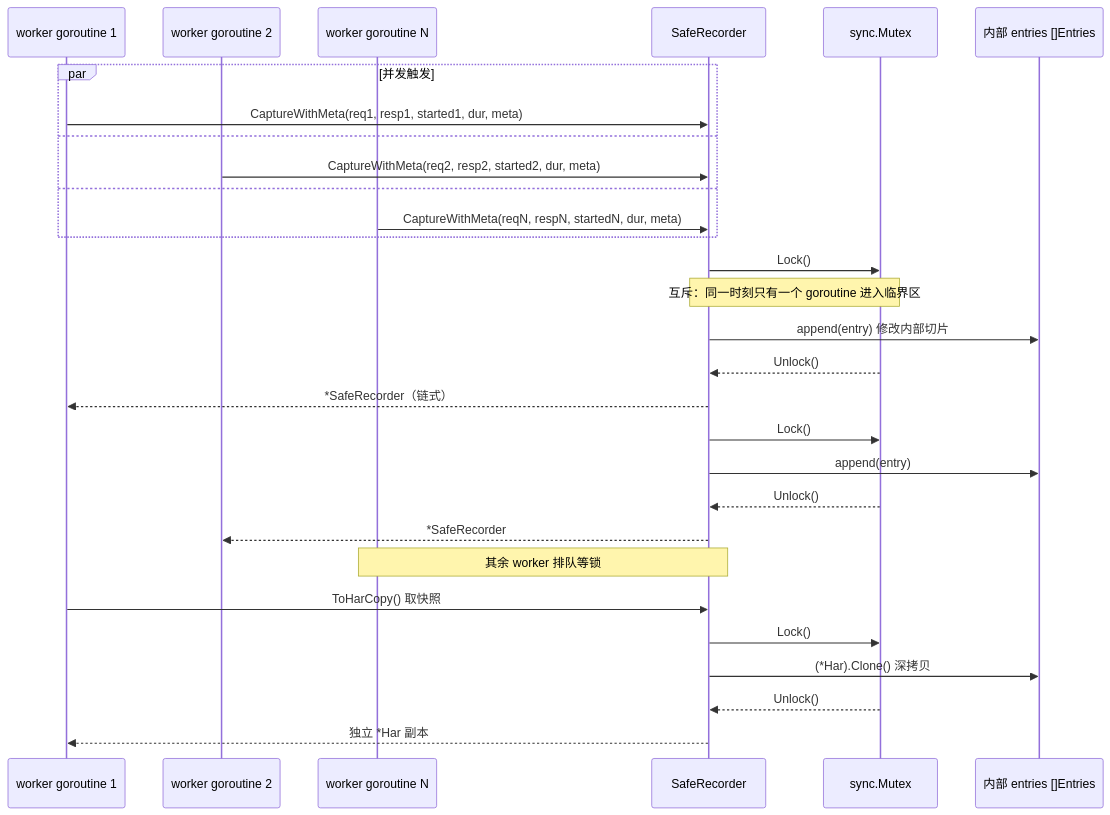
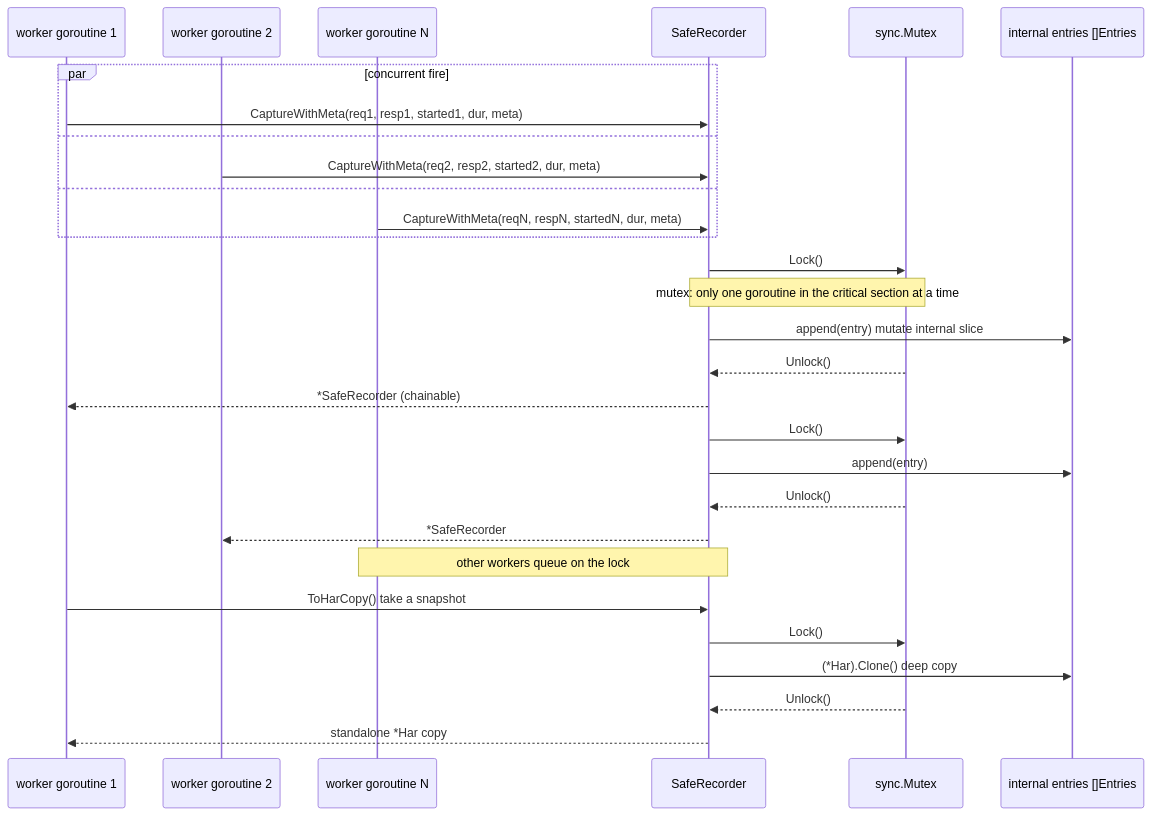
Before and after one commit to hitechcloud-vietnam/har-skills: the second of 3 diagrams in website/zh/sdk/recording-requests.md, drawn with Mermaid. The commit also changed other lines of this file and 97 other files, not shown here.

````diff
--- a/website/zh/sdk/recording-requests.md
+++ b/website/zh/sdk/recording-requests.md
@@ -207,36 +209,36 @@
 ```mermaid
 sequenceDiagram
     participant W1 as worker goroutine 1
     participant W2 as worker goroutine 2
     participant Wn as worker goroutine N
     participant SR as SafeRecorder
     participant Mu as sync.Mutex
-    participant S as 内部 entries []Entries
+    participant S as internal entries []Entries
 
-    par 并发触发
+    par concurrent fire
         W1->>SR: CaptureWithMeta(req1, resp1, started1, dur, meta)
     and
         W2->>SR: CaptureWithMeta(req2, resp2, started2, dur, meta)
     and
         Wn->>SR: CaptureWithMeta(reqN, respN, startedN, dur, meta)
     end
 
     SR->>Mu: Lock()
-    Note over SR,Mu: 互斥：同一时刻只有一个 goroutine 进入临界区
-    SR->>S: append(entry) 修改内部切片
+    Note over SR,Mu: mutex: only one goroutine in the critical section at a time
+    SR->>S: append(entry) mutate internal slice
     Mu-->>SR: Unlock()
-    SR-->>W1: *SafeRecorder（链式）
+    SR-->>W1: *SafeRecorder (chainable)
 
     SR->>Mu: Lock()
     SR->>S: append(entry)
     Mu-->>SR: Unlock()
     SR-->>W2: *SafeRecorder
 
-    Note over Wn,SR: 其余 worker 排队等锁
+    Note over Wn,SR: other workers queue on the lock
 
-    W1->>SR: ToHarCopy() 取快照
+    W1->>SR: ToHarCopy() take a snapshot
     SR->>Mu: Lock()
-    SR->>S: (*Har).Clone() 深拷贝
+    SR->>S: (*Har).Clone() deep copy
     Mu-->>SR: Unlock()
-    SR-->>W1: 独立 *Har 副本
+    SR-->>W1: standalone *Har copy
 ```
````
